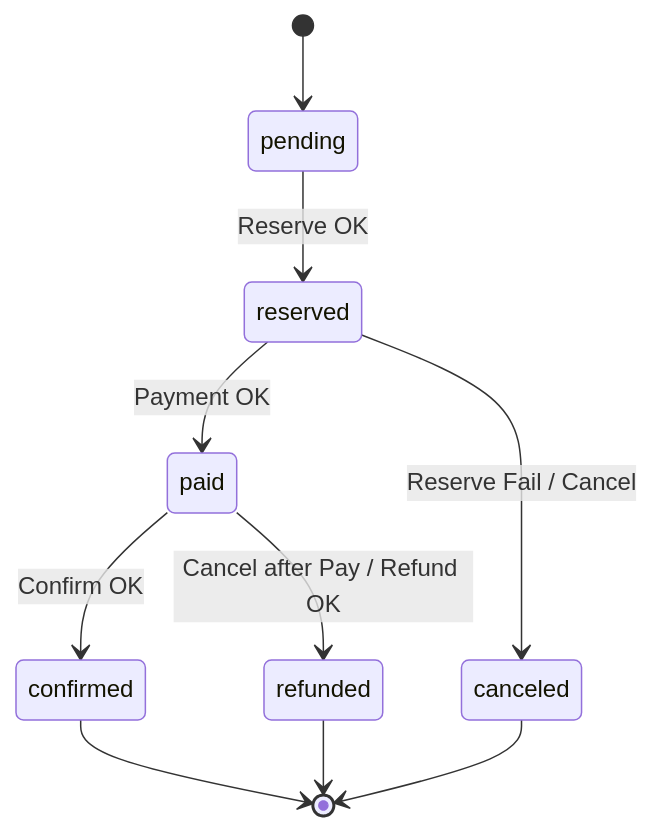
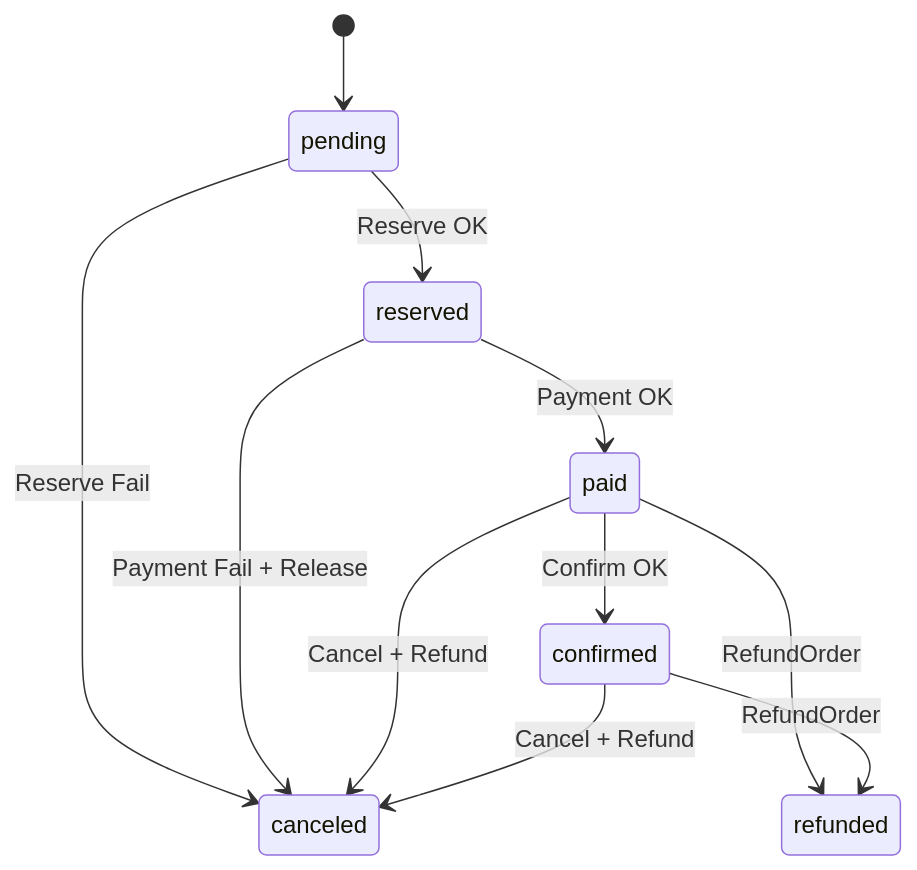
One commit to VladislavDraga398/Expirians_Golang_Project changed the diagram in docs/architecture/saga.md. Above: the diagram before and after it, drawn with Mermaid. The commit also changed other lines of this file and 25 other files, not shown here.

````diff
--- a/docs/architecture/saga.md
+++ b/docs/architecture/saga.md
@@ -19,12 +17,13 @@
 ```mermaid
 stateDiagram-v2
   [*] --> pending
   pending --> reserved: Reserve OK
   reserved --> paid: Payment OK
   paid --> confirmed: Confirm OK
-  reserved --> canceled: Reserve Fail / Cancel
-  paid --> refunded: Cancel after Pay / Refund OK
-  confirmed --> [*]
-  canceled --> [*]
-  refunded --> [*]
+  pending --> canceled: Reserve Fail
+  reserved --> canceled: Payment Fail + Release
+  paid --> canceled: Cancel + Refund
+  confirmed --> canceled: Cancel + Refund
+  paid --> refunded: RefundOrder
+  confirmed --> refunded: RefundOrder
 ```
````
